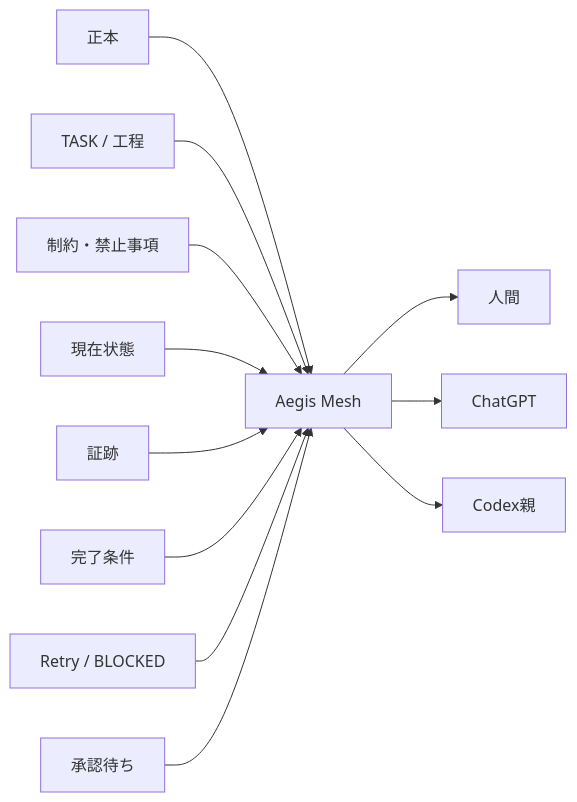
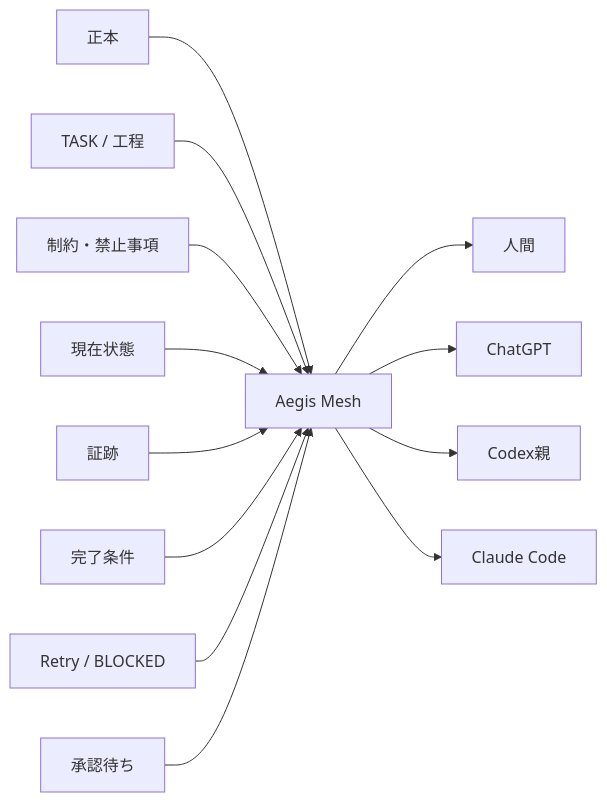
The second of 8 diagrams in docs/正本/【Aegis Mesh】企画概要書.md (xxxinakenxxx-hash/Aegis-Mesh), drawn with Mermaid before and after one commit. The commit also changed other lines of this file, not shown here.

Commit message:
Reflect confirmed Aegis Mesh architecture decisions

````diff
--- a/docs/正本/【Aegis Mesh】企画概要書.md
+++ b/docs/正本/【Aegis Mesh】企画概要書.md
@@ -160,26 +161,27 @@
 ```mermaid
 flowchart LR
     R[正本]
     T[TASK / 工程]
     C[制約・禁止事項]
     S[現在状態]
     E[証跡]
     V[完了条件]
     X[Retry / BLOCKED]
     A[承認待ち]
 
     M[Aegis Mesh]
 
     R --> M
     T --> M
     C --> M
     S --> M
     E --> M
     V --> M
     X --> M
     A --> M
 
     M --> H[人間]
     M --> G[ChatGPT]
     M --> P[Codex親]
+    M --> CC[Claude Code]
 ```
````
